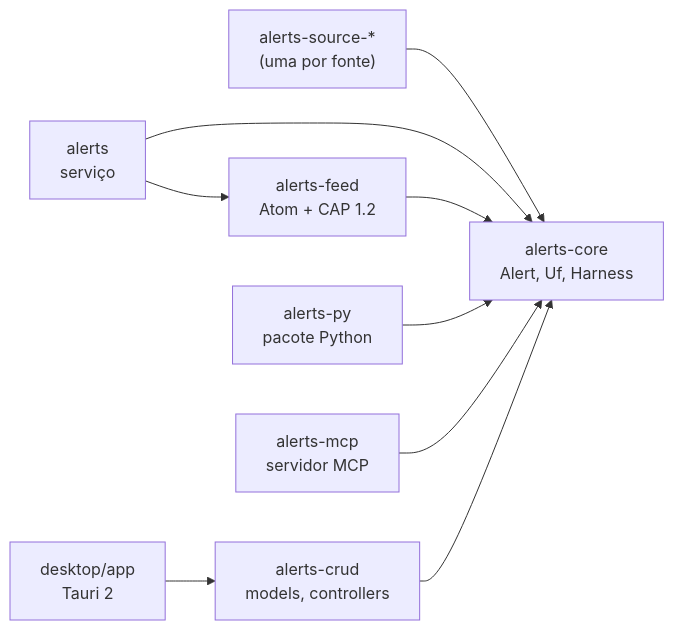
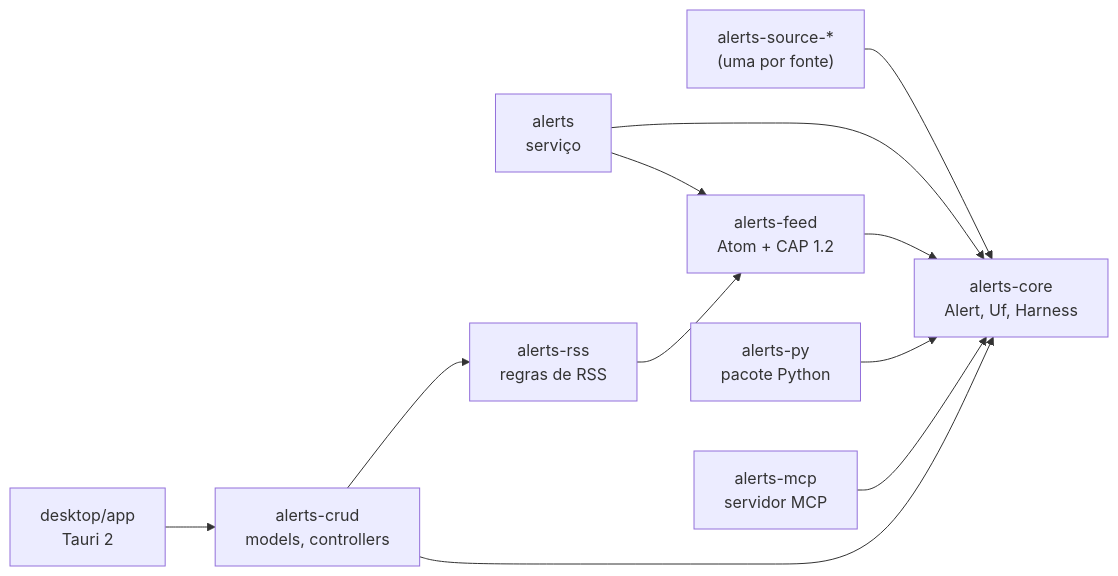
Before and after one commit to piabrota/alerts: the diagram in README.pt-BR.md, drawn with Mermaid. The commit also changed other lines of this file and 43 other files, not shown here.

````diff
--- a/README.pt-BR.md
+++ b/README.pt-BR.md
@@ -111,12 +111,13 @@
 ```mermaid
 %% figure: crates
 %% title: Quais crates existem e quem depende de quem?
 flowchart LR
     S["alerts-source-*<br/>(uma por fonte)"] --> C["alerts-core<br/>Alert, Uf, Harness"]
     D["alerts<br/>serviço"] --> C
     D --> F["alerts-feed<br/>Atom + CAP 1.2"] --> C
     P["alerts-py<br/>pacote Python"] --> C
     M["alerts-mcp<br/>servidor MCP"] --> C
     R["alerts-crud<br/>models, controllers"] --> C
+    R --> X["alerts-rss<br/>regras de RSS"] --> F
     T["desktop/app<br/>Tauri 2"] --> R
 ```
````
